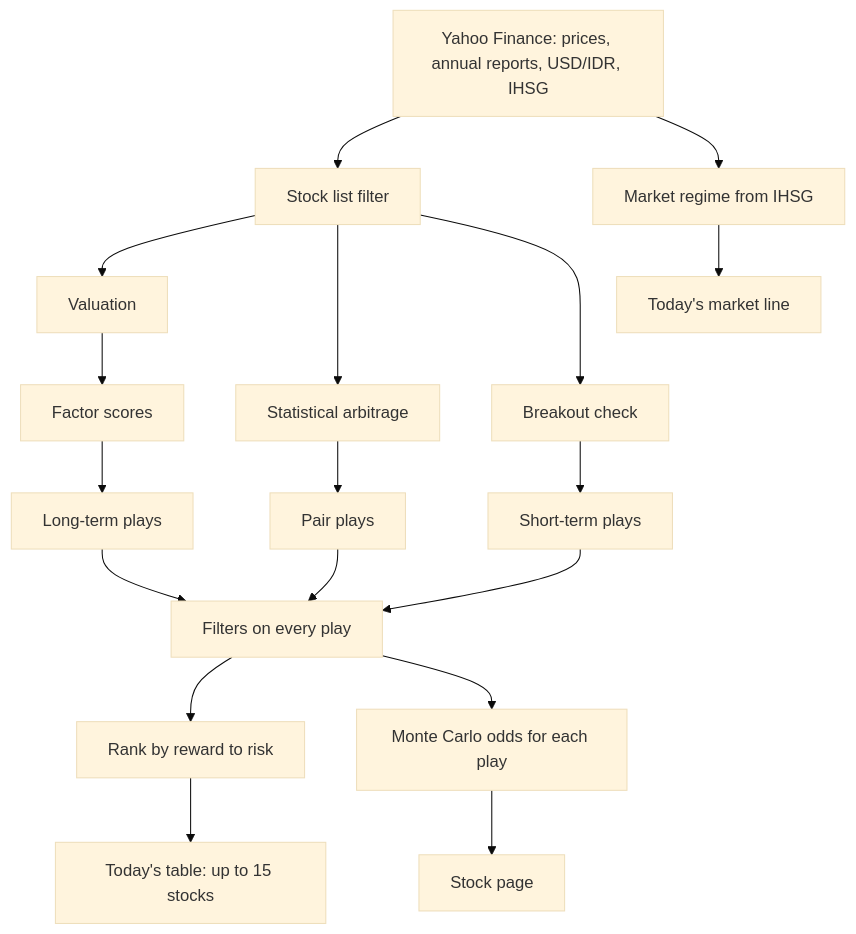
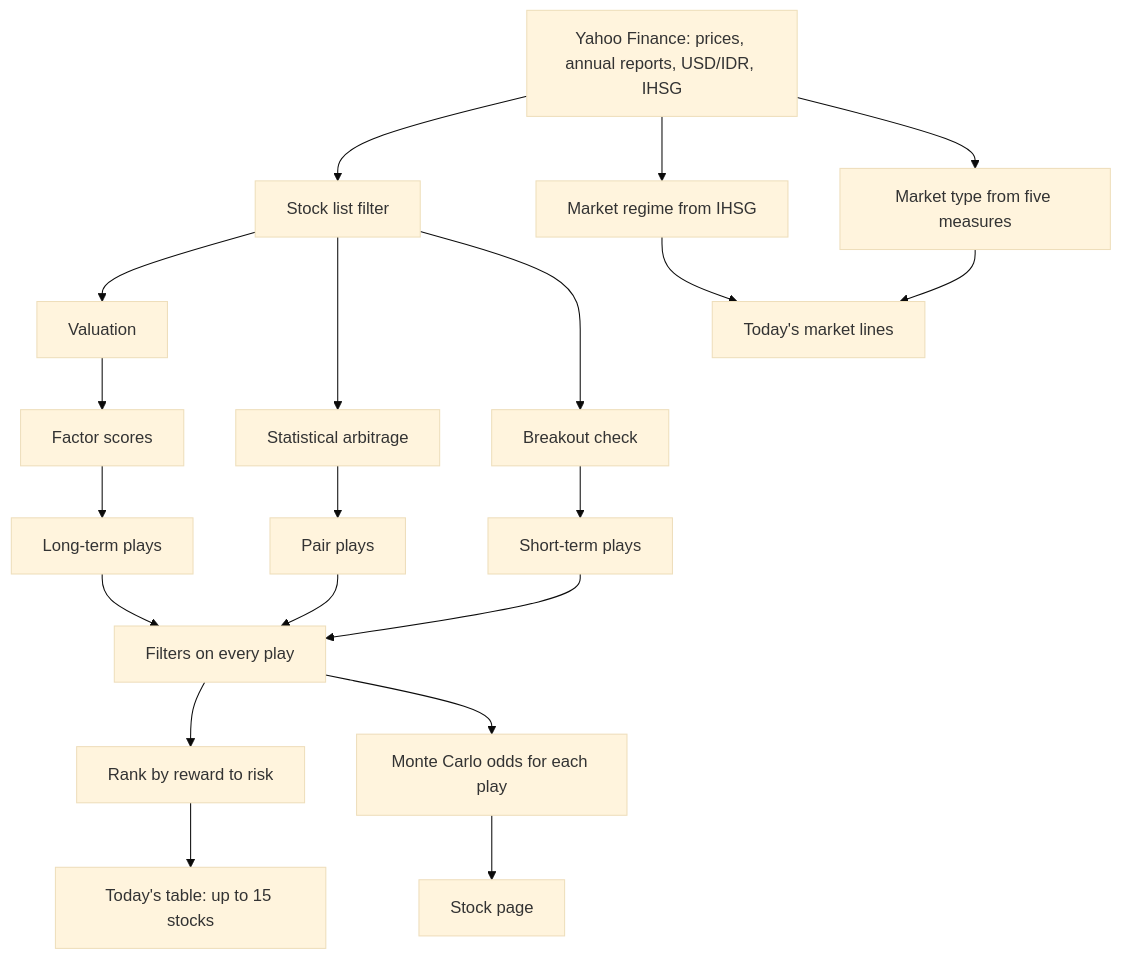
The first of 8 diagrams in README.md (642ways/IDX-Quantitative), drawn with Mermaid (base theme) before and after one commit. The commit also changed other lines of this file and 13 other files, not shown here.

Commit message:
feat: add market type clustering

````diff
--- a/README.md
+++ b/README.md
@@ -27,20 +27,22 @@
 ```mermaid
 flowchart TD
     A["Yahoo Finance: prices, annual reports, USD/IDR, IHSG"] --> B["Stock list filter"]
     B --> C["Valuation"]
     C --> D["Factor scores"]
     B --> E["Statistical arbitrage"]
     B --> F["Breakout check"]
     D --> G["Long-term plays"]
     E --> H["Pair plays"]
     F --> I["Short-term plays"]
     G --> J["Filters on every play"]
     H --> J
     I --> J
     J --> K["Rank by reward to risk"]
     K --> L["Today's table: up to 15 stocks"]
     J --> M["Monte Carlo odds for each play"]
     M --> N["Stock page"]
     A --> O["Market regime from IHSG"]
-    O --> P["Today's market line"]
+    O --> P["Today's market lines"]
+    A --> Q["Market type from five measures"]
+    Q --> P
 ```
````
